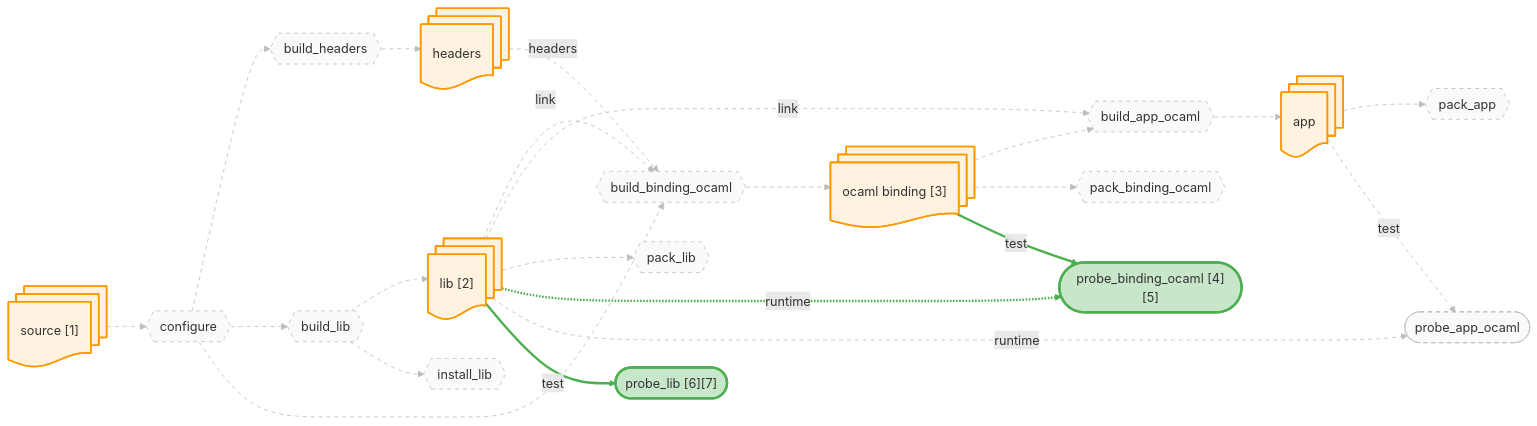
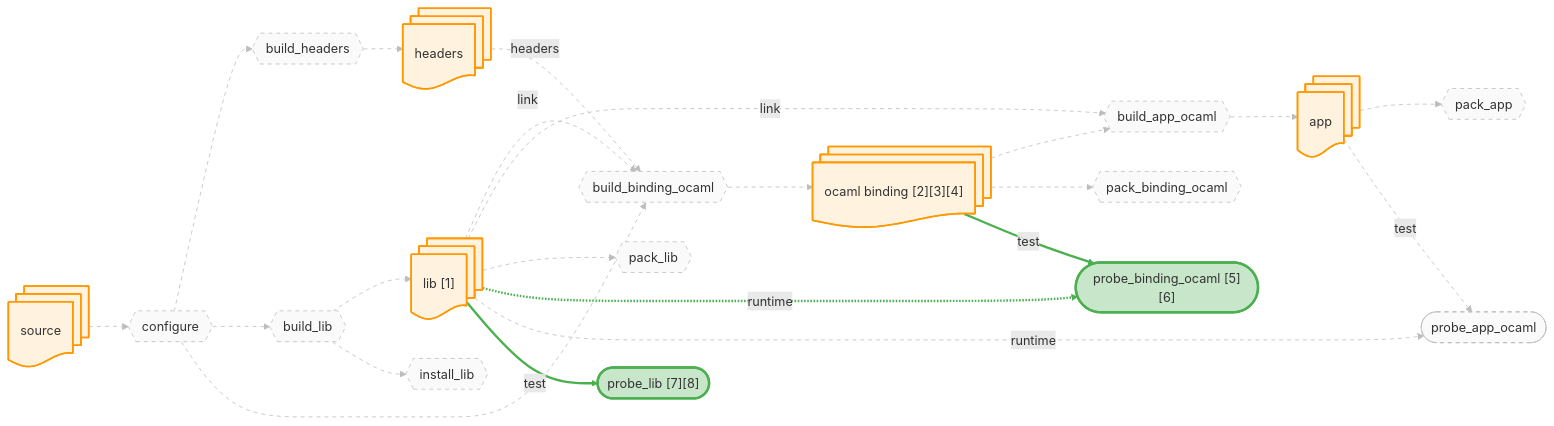
Before and after one commit to JHU-PL-Lab/tola: the diagram in docs/canary/projects/zlib/-run/diagrams/all.mmd, drawn with Mermaid. The commit also changed 129 other files, not shown here.

```diff
--- a/docs/canary/projects/zlib/-run/diagrams/all.mmd
+++ b/docs/canary/projects/zlib/-run/diagrams/all.mmd
@@ -1,84 +1,84 @@
 graph LR
-    source_node@{ shape: docs, label: "source [1]" }
+    source_node@{ shape: docs, label: "source" }
     headers_node@{ shape: docs, label: "headers" }
-    lib_node@{ shape: docs, label: "lib [2]" }
+    lib_node@{ shape: docs, label: "lib [1]" }
     app_node@{ shape: docs, label: "app" }
-    ocaml_binding_node@{ shape: docs, label: "ocaml binding [3]" }
+    ocaml_binding_node@{ shape: docs, label: "ocaml binding [2][3][4]" }
 
     A_configure{{"configure"}}
     A_build_headers{{"build_headers"}}
     A_build_lib{{"build_lib"}}
     A_build_binding_ocaml{{"build_binding_ocaml"}}
     A_build_app_ocaml{{"build_app_ocaml"}}
     A_install_lib{{"install_lib"}}
     A_pack_binding_ocaml{{"pack_binding_ocaml"}}
     A_pack_lib{{"pack_lib"}}
     A_pack_app{{"pack_app"}}
-    A_probe_binding_ocaml(["probe_binding_ocaml [4][5]"])
+    A_probe_binding_ocaml(["probe_binding_ocaml [5][6]"])
     A_probe_app_ocaml(["probe_app_ocaml"])
-    A_probe_lib(["probe_lib [6][7]"])
+    A_probe_lib(["probe_lib [7][8]"])
 
     source_node --> A_configure
     A_configure --> A_build_headers
     A_build_headers --> headers_node
     A_configure --> A_build_lib
     A_build_lib --> lib_node
     A_configure --> A_build_binding_ocaml
     headers_node -.->|headers| A_build_binding_ocaml
     lib_node -.->|link| A_build_binding_ocaml
     A_build_binding_ocaml --> ocaml_binding_node
     ocaml_binding_node --> A_build_app_ocaml
     lib_node -.->|link| A_build_app_ocaml
     A_build_app_ocaml --> app_node
     A_build_lib --> A_install_lib
     ocaml_binding_node --> A_pack_binding_ocaml
     lib_node --> A_pack_lib
     app_node --> A_pack_app
     ocaml_binding_node -->|test| A_probe_binding_ocaml
     lib_node -.->|runtime| A_probe_binding_ocaml
     app_node -->|test| A_probe_app_ocaml
     lib_node -.->|runtime| A_probe_app_ocaml
     lib_node -->|test| A_probe_lib
 
     classDef artifact fill:#fff3e0,stroke:#ff9800,stroke-width:2px
     classDef action fill:#f3e5f5,stroke:#9c27b0,stroke-width:2px
     classDef st_done fill:#c8e6c9,stroke:#4caf50,stroke-width:3px
     classDef st_done_ctx fill:#e8f5e9,stroke:#a5d6a7,stroke-width:1.5px
     classDef st_expected_fail fill:#fff9c4,stroke:#f9a825,stroke-width:2px
     classDef st_failed fill:#ffcdd2,stroke:#c62828,stroke-width:2px
     classDef st_skipped fill:#f5f5f5,stroke:#9e9e9e,stroke-dasharray:5
     classDef st_nospec fill:#fafafa,stroke:#bdbdbd,stroke-dasharray:5
     class source_node,headers_node,lib_node,app_node,ocaml_binding_node artifact
     class A_configure st_nospec
     class A_build_headers st_nospec
     class A_build_lib st_nospec
     class A_build_binding_ocaml st_nospec
     class A_build_app_ocaml st_nospec
     class A_install_lib st_nospec
     class A_pack_binding_ocaml st_nospec
     class A_pack_lib st_nospec
     class A_pack_app st_nospec
     class A_probe_binding_ocaml st_done
     class A_probe_app_ocaml st_nospec
     class A_probe_lib st_done
     linkStyle 0 stroke:#bdbdbd,stroke-width:1px,stroke-dasharray:5
     linkStyle 1 stroke:#bdbdbd,stroke-width:1px,stroke-dasharray:5
     linkStyle 2 stroke:#bdbdbd,stroke-width:1px,stroke-dasharray:5
     linkStyle 3 stroke:#bdbdbd,stroke-width:1px,stroke-dasharray:5
     linkStyle 4 stroke:#bdbdbd,stroke-width:1px,stroke-dasharray:5
     linkStyle 5 stroke:#bdbdbd,stroke-width:1px,stroke-dasharray:5
     linkStyle 6 stroke:#bdbdbd,stroke-width:1px,stroke-dasharray:5
     linkStyle 7 stroke:#bdbdbd,stroke-width:1px,stroke-dasharray:5
     linkStyle 8 stroke:#bdbdbd,stroke-width:1px,stroke-dasharray:5
     linkStyle 9 stroke:#bdbdbd,stroke-width:1px,stroke-dasharray:5
     linkStyle 10 stroke:#bdbdbd,stroke-width:1px,stroke-dasharray:5
     linkStyle 11 stroke:#bdbdbd,stroke-width:1px,stroke-dasharray:5
     linkStyle 12 stroke:#bdbdbd,stroke-width:1px,stroke-dasharray:5
     linkStyle 13 stroke:#bdbdbd,stroke-width:1px,stroke-dasharray:5
     linkStyle 14 stroke:#bdbdbd,stroke-width:1px,stroke-dasharray:5
     linkStyle 15 stroke:#bdbdbd,stroke-width:1px,stroke-dasharray:5
     linkStyle 16 stroke:#4caf50,stroke-width:3px
     linkStyle 17 stroke:#4caf50,stroke-width:3px
     linkStyle 18 stroke:#bdbdbd,stroke-width:1px,stroke-dasharray:5
     linkStyle 19 stroke:#bdbdbd,stroke-width:1px,stroke-dasharray:5
     linkStyle 20 stroke:#4caf50,stroke-width:3px
```
